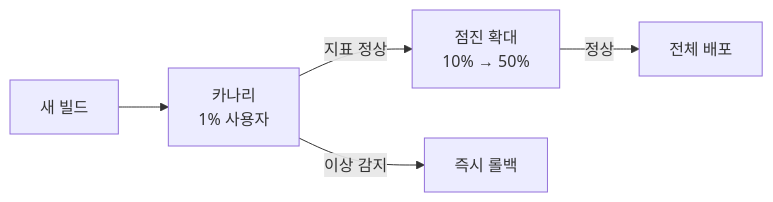
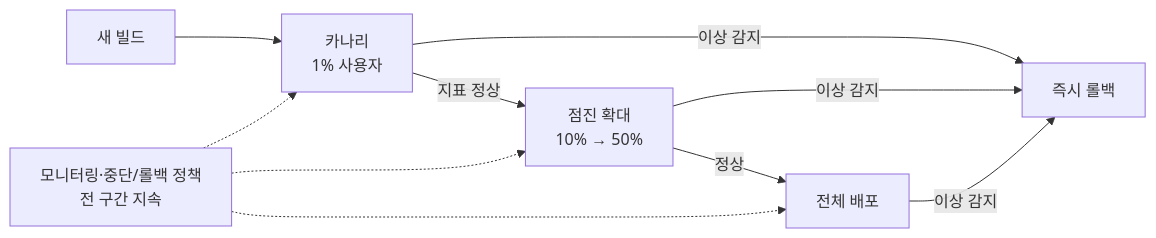
Before and after one commit to Rein-ArXiv/game-dev-curriculum: the eighth of 8 diagrams in tools/part06_build.md, drawn with Mermaid. The commit also changed other lines of this file and 279 other files, not shown here.

````diff
--- a/tools/part06_build.md
+++ b/tools/part06_build.md
@@ -473,7 +495,13 @@
 ```mermaid
 flowchart LR
     New[새 빌드] --> Canary[카나리<br/>1% 사용자]
     Canary -->|지표 정상| Ramp[점진 확대<br/>10% → 50%]
     Ramp -->|정상| Full[전체 배포]
     Canary -->|이상 감지| Rollback[즉시 롤백]
+    Ramp -->|이상 감지| Rollback
+    Full -->|이상 감지| Rollback
+    Mon[모니터링·중단/롤백 정책<br/>전 구간 지속]
+    Mon -.-> Canary
+    Mon -.-> Ramp
+    Mon -.-> Full
 ```
````
